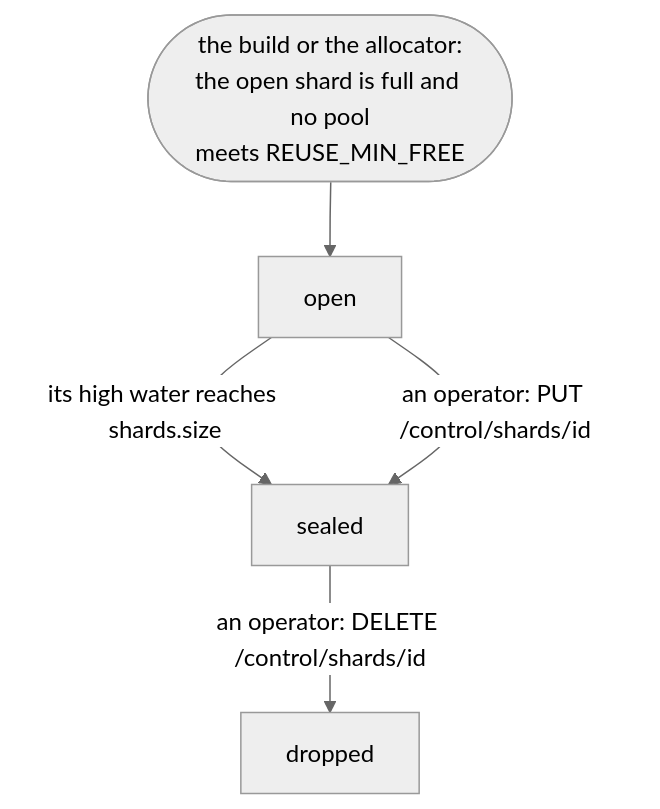
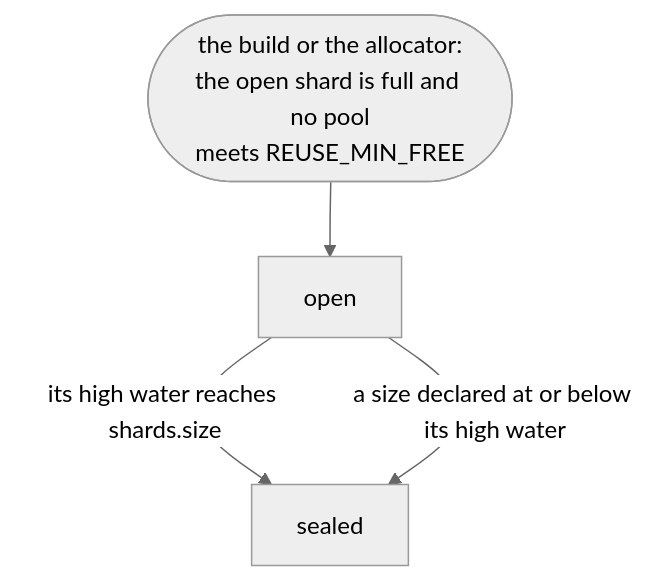
The second of 5 diagrams in docs/sharding.md (jennis0/tesseradb), drawn with Mermaid (neutral theme) before and after one commit. The commit also changed other lines of this file and 51 other files, not shown here.

````diff
--- a/docs/sharding.md
+++ b/docs/sharding.md
@@ -196,7 +195,6 @@
 ```mermaid
 flowchart TD
   S(["the build or the allocator:<br/>the open shard is full and no pool<br/>meets REUSE_MIN_FREE"]) --> O[open]
   O -->|"its high water reaches shards.size"| SE[sealed]
-  O -->|"an operator: PUT /control/shards/id"| SE
-  SE -->|"an operator: DELETE /control/shards/id"| DR[dropped]
+  O -->|"a size declared at or below its high water"| SE
 ```
````
